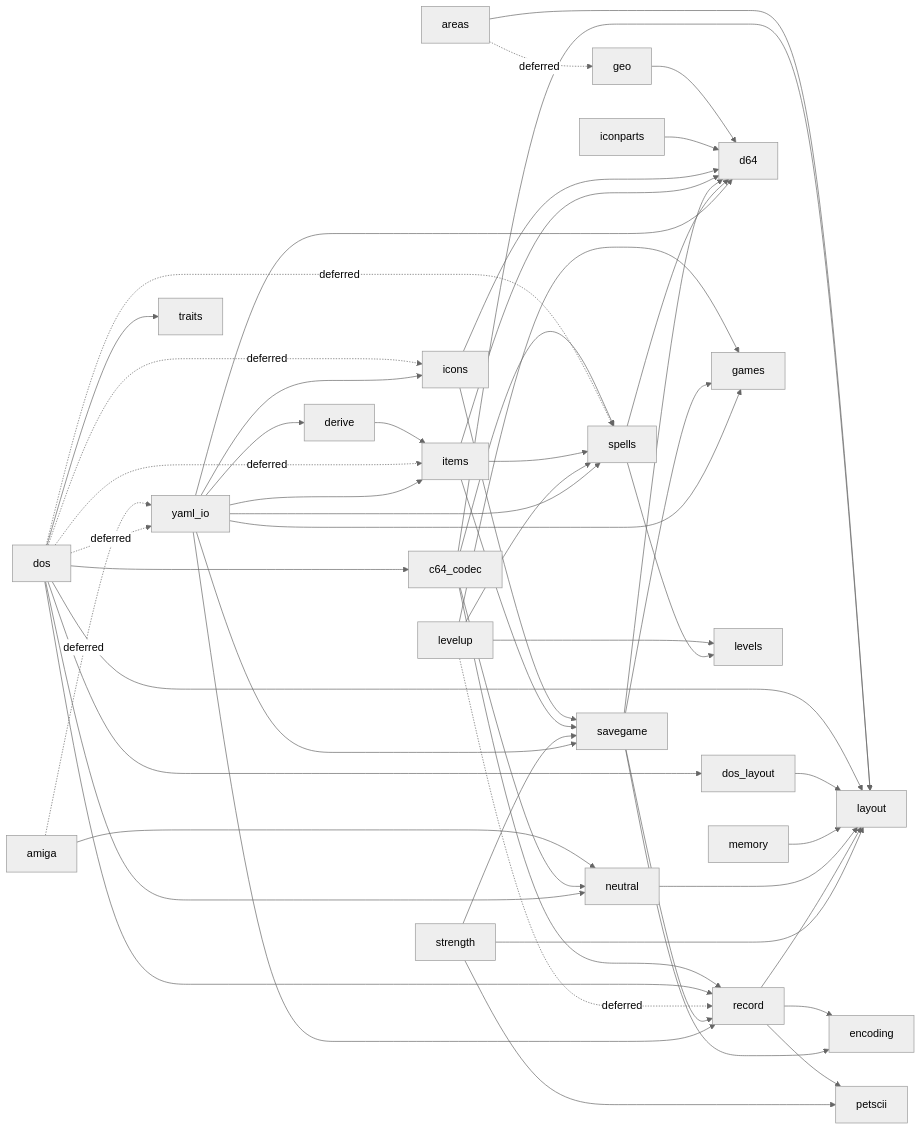
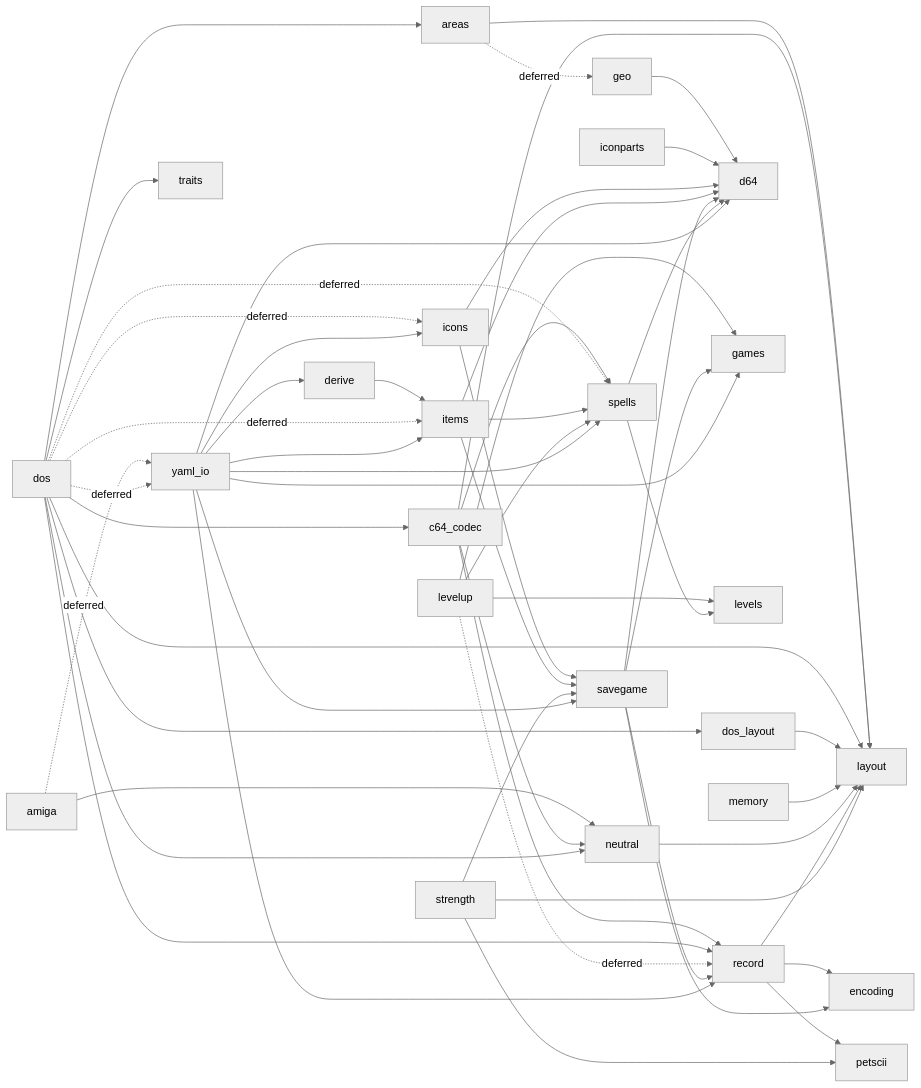
The fourth of 4 diagrams in docs/117-save-conversion.md (malcyon/wish), drawn with Mermaid (neutral theme) before and after one commit. The commit also changed other lines of this file and 4 other files, not shown here.

````diff
--- a/docs/117-save-conversion.md
+++ b/docs/117-save-conversion.md
@@ -1150,56 +1176,57 @@
 ```mermaid
 graph LR
   amiga --> neutral
   amiga -.->|deferred| yaml_io
   areas -.->|deferred| geo
   areas --> layout
   c64_codec --> layout
   c64_codec --> neutral
   c64_codec --> record
   c64_codec --> spells
   derive --> items
+  dos --> areas
   dos --> c64_codec
   dos --> dos_layout
   dos -.->|deferred| icons
   dos -.->|deferred| items
   dos --> layout
   dos --> neutral
   dos --> record
   dos -.->|deferred| spells
   dos --> traits
   dos -.->|deferred| yaml_io
   dos_layout --> layout
   geo --> d64
   iconparts --> d64
   icons --> d64
   icons --> savegame
   items --> d64
   items --> savegame
   items --> spells
   levelup --> games
   levelup --> levels
   levelup -.->|deferred| record
   levelup --> spells
   memory --> layout
   neutral --> layout
   record --> encoding
   record --> layout
   record --> petscii
   savegame --> d64
   savegame --> encoding
   savegame --> games
   savegame --> record
   spells --> d64
   spells --> levels
   strength --> layout
   strength --> petscii
   strength --> savegame
   yaml_io --> d64
   yaml_io --> derive
   yaml_io --> games
   yaml_io --> icons
   yaml_io --> items
   yaml_io --> record
   yaml_io --> savegame
   yaml_io --> spells
 ```
````
